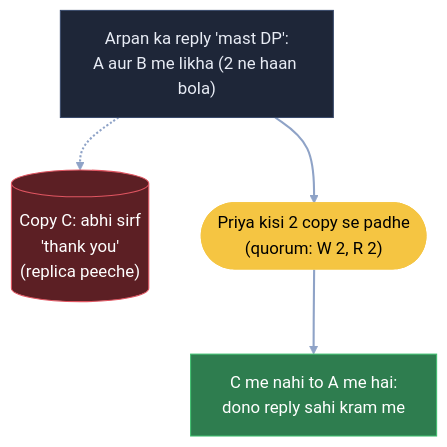
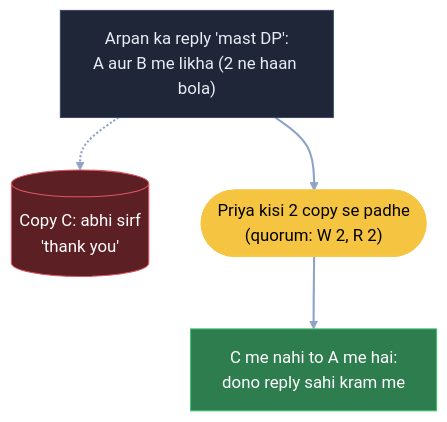
Before and after one commit to ArpanMaheshwari144/Prep: diagram 19 of 21 in 04_HLD/SYSTEM_DESIGNS/03_twitter_feed/03_twitter_feed.md, drawn with Mermaid. The commit also changed other lines of this file and 20 other files, not shown here.

Commit message:
Diagram: sirf hand notes wale naam rahe (66 apne joda naam hataye); README 22-Nov tak update

````diff
--- a/04_HLD/SYSTEM_DESIGNS/03_twitter_feed/03_twitter_feed.md
+++ b/04_HLD/SYSTEM_DESIGNS/03_twitter_feed/03_twitter_feed.md
@@ -707,15 +707,15 @@
 ```mermaid
 flowchart TB
     W["Arpan ka reply 'mast DP':<br/>A aur B me likha (2 ne haan bola)"]:::card
-    C[("Copy C: abhi sirf<br/>'thank you'<br/>(replica peeche)")]:::bad
+    C[("Copy C: abhi sirf<br/>'thank you'")]:::bad
     Q(["Priya kisi 2 copy se padhe<br/>(quorum: W 2, R 2)"]):::pill
     OK["C me nahi to A me hai:<br/>dono reply sahi kram me"]:::good
     W -.-> C
     W --> Q
     Q --> OK
     linkStyle default stroke:#8fa3c7,stroke-width:2px
     classDef card fill:#1e2638,stroke:#3a4a6b,color:#e8ecf5
     classDef pill fill:#f5c542,stroke:#f5c542,color:#000
     classDef good fill:#2e7d4f,stroke:#3fbf6f,color:#fff
     classDef bad fill:#5c1f24,stroke:#e05561,color:#fff
 ```
````
